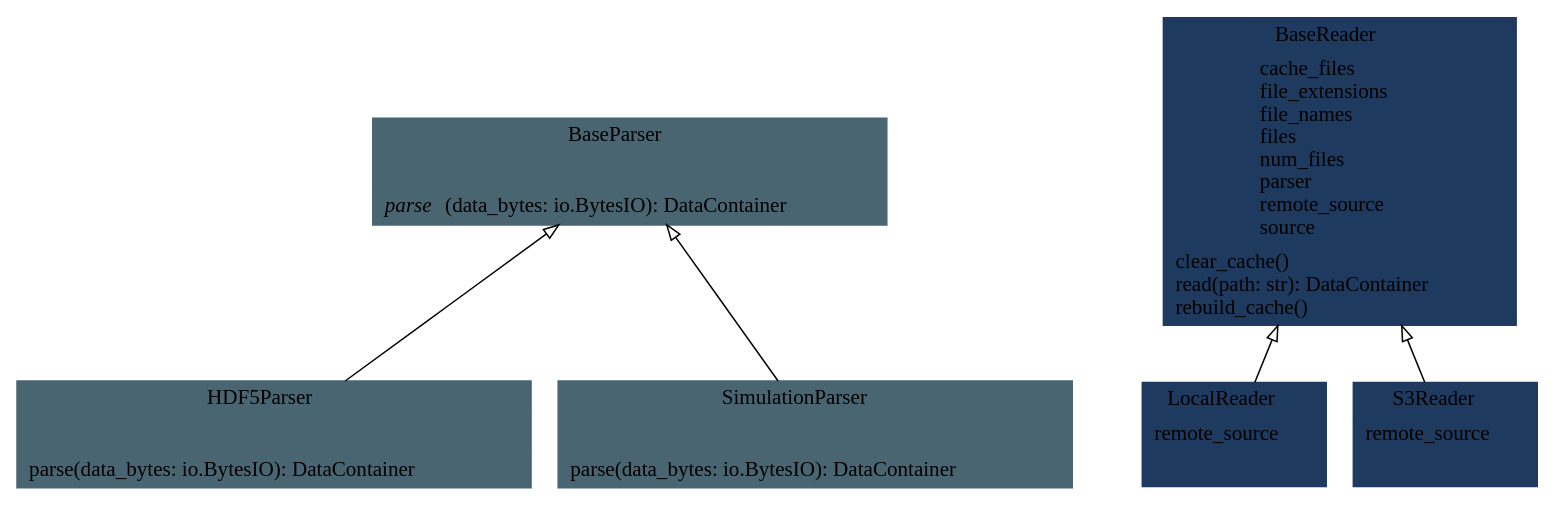
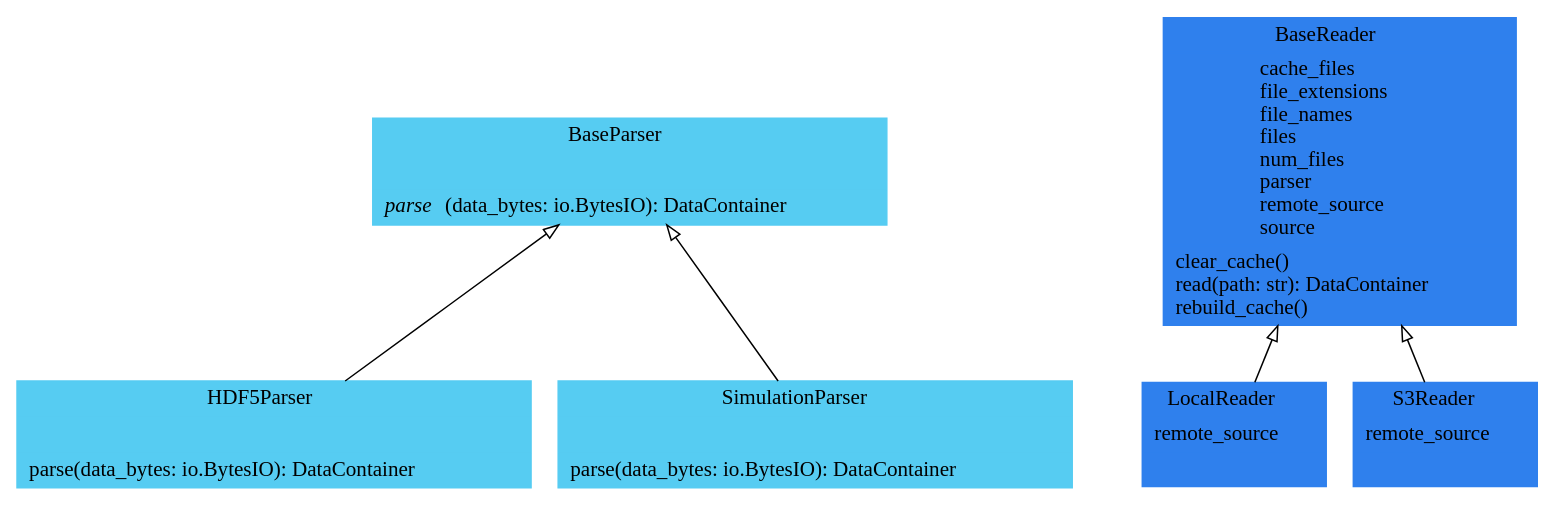
The diagram in docs/pyreverse/classes_pythermondt.readers.gv (voidsy-gmbh/pyThermoNDT), drawn with Graphviz before and after one commit. The commit also changed 25 other files, not shown here.

Commit message:
Update pyreverse diagrams

```diff
--- a/docs/pyreverse/classes_pythermondt.readers.gv
+++ b/docs/pyreverse/classes_pythermondt.readers.gv
@@ -1,14 +1,14 @@
 digraph "classes_pythermondt.readers" {
 rankdir=BT
 charset="utf-8"
-"pythermondt.readers.parsers.base_parser.BaseParser" [color="#4A6572", fontcolor="black", label=<{BaseParser|<br ALIGN="LEFT"/>|<I>parse</I>(data_bytes: io.BytesIO): DataContainer<br ALIGN="LEFT"/>}>, shape="record", style="filled"];
-"pythermondt.readers.base_reader.BaseReader" [color="#1E3A5F", fontcolor="black", label=<{BaseReader|cache_files<br ALIGN="LEFT"/>file_extensions<br ALIGN="LEFT"/>file_names<br ALIGN="LEFT"/>files<br ALIGN="LEFT"/>num_files<br ALIGN="LEFT"/>parser<br ALIGN="LEFT"/>remote_source<br ALIGN="LEFT"/>source<br ALIGN="LEFT"/>|clear_cache()<br ALIGN="LEFT"/>read(path: str): DataContainer<br ALIGN="LEFT"/>rebuild_cache()<br ALIGN="LEFT"/>}>, shape="record", style="filled"];
-"pythermondt.readers.parsers.hdf5_parser.HDF5Parser" [color="#4A6572", fontcolor="black", label=<{HDF5Parser|<br ALIGN="LEFT"/>|parse(data_bytes: io.BytesIO): DataContainer<br ALIGN="LEFT"/>}>, shape="record", style="filled"];
-"pythermondt.readers.local_reader.LocalReader" [color="#1E3A5F", fontcolor="black", label=<{LocalReader|remote_source<br ALIGN="LEFT"/>|}>, shape="record", style="filled"];
-"pythermondt.readers.s3_reader.S3Reader" [color="#1E3A5F", fontcolor="black", label=<{S3Reader|remote_source<br ALIGN="LEFT"/>|}>, shape="record", style="filled"];
-"pythermondt.readers.parsers.simulation_parser.SimulationParser" [color="#4A6572", fontcolor="black", label=<{SimulationParser|<br ALIGN="LEFT"/>|parse(data_bytes: io.BytesIO): DataContainer<br ALIGN="LEFT"/>}>, shape="record", style="filled"];
+"pythermondt.readers.parsers.base_parser.BaseParser" [color="#56CCF2", fontcolor="black", label=<{BaseParser|<br ALIGN="LEFT"/>|<I>parse</I>(data_bytes: io.BytesIO): DataContainer<br ALIGN="LEFT"/>}>, shape="record", style="filled"];
+"pythermondt.readers.base_reader.BaseReader" [color="#2F80ED", fontcolor="black", label=<{BaseReader|cache_files<br ALIGN="LEFT"/>file_extensions<br ALIGN="LEFT"/>file_names<br ALIGN="LEFT"/>files<br ALIGN="LEFT"/>num_files<br ALIGN="LEFT"/>parser<br ALIGN="LEFT"/>remote_source<br ALIGN="LEFT"/>source<br ALIGN="LEFT"/>|clear_cache()<br ALIGN="LEFT"/>read(path: str): DataContainer<br ALIGN="LEFT"/>rebuild_cache()<br ALIGN="LEFT"/>}>, shape="record", style="filled"];
+"pythermondt.readers.parsers.hdf5_parser.HDF5Parser" [color="#56CCF2", fontcolor="black", label=<{HDF5Parser|<br ALIGN="LEFT"/>|parse(data_bytes: io.BytesIO): DataContainer<br ALIGN="LEFT"/>}>, shape="record", style="filled"];
+"pythermondt.readers.local_reader.LocalReader" [color="#2F80ED", fontcolor="black", label=<{LocalReader|remote_source<br ALIGN="LEFT"/>|}>, shape="record", style="filled"];
+"pythermondt.readers.s3_reader.S3Reader" [color="#2F80ED", fontcolor="black", label=<{S3Reader|remote_source<br ALIGN="LEFT"/>|}>, shape="record", style="filled"];
+"pythermondt.readers.parsers.simulation_parser.SimulationParser" [color="#56CCF2", fontcolor="black", label=<{SimulationParser|<br ALIGN="LEFT"/>|parse(data_bytes: io.BytesIO): DataContainer<br ALIGN="LEFT"/>}>, shape="record", style="filled"];
 "pythermondt.readers.local_reader.LocalReader" -> "pythermondt.readers.base_reader.BaseReader" [arrowhead="empty", arrowtail="none"];
 "pythermondt.readers.parsers.hdf5_parser.HDF5Parser" -> "pythermondt.readers.parsers.base_parser.BaseParser" [arrowhead="empty", arrowtail="none"];
 "pythermondt.readers.parsers.simulation_parser.SimulationParser" -> "pythermondt.readers.parsers.base_parser.BaseParser" [arrowhead="empty", arrowtail="none"];
 "pythermondt.readers.s3_reader.S3Reader" -> "pythermondt.readers.base_reader.BaseReader" [arrowhead="empty", arrowtail="none"];
 }
```
